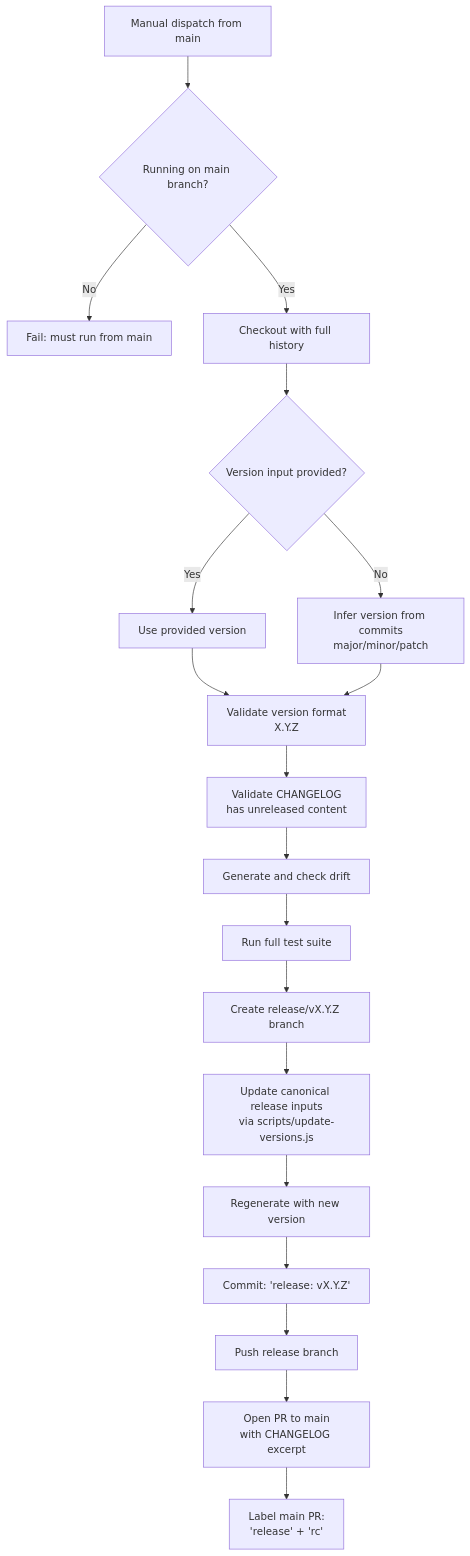
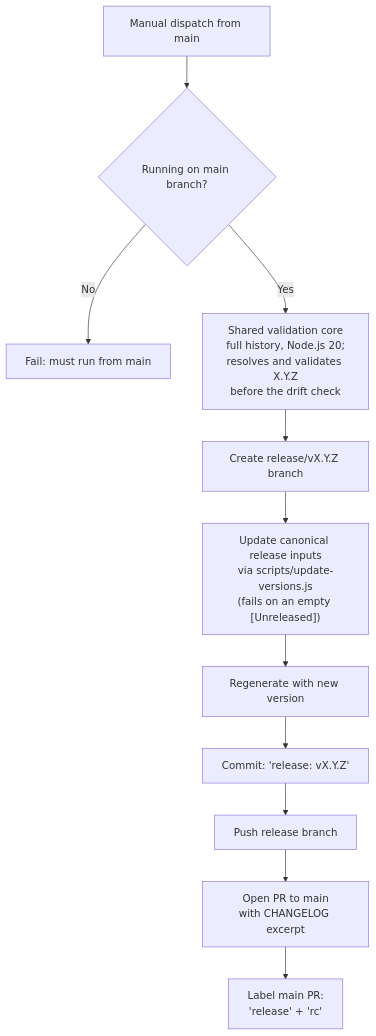
Before and after one commit to josstei/maestro-orchestrate: the sixth of 10 diagrams in docs/cicd.md, drawn with Mermaid. The commit also changed other lines of this file and 6 other files, not shown here.

````diff
--- a/docs/cicd.md
+++ b/docs/cicd.md
@@ -331,21 +312,13 @@
 ```mermaid
 graph TD
     A["Manual dispatch from main"] --> B{"Running on main branch?"}
     B --> |"No"| C["Fail: must run from main"]
-    B --> |"Yes"| D["Checkout with full history"]
-    D --> E{"Version input provided?"}
-    E --> |"Yes"| F["Use provided version"]
-    E --> |"No"| G["Infer version from commits<br/>major/minor/patch"]
-    F --> H["Validate version format<br/>X.Y.Z"]
-    G --> H
-    H --> I["Validate CHANGELOG<br/>has unreleased content"]
-    I --> J["Generate and check drift"]
-    J --> K["Run full test suite"]
-    K --> L["Create release/vX.Y.Z branch"]
-    L --> M["Update canonical release inputs<br/>via scripts/update-versions.js"]
+    B --> |"Yes"| D["Shared validation core<br/>full history, Node.js 20;<br/>resolves and validates X.Y.Z<br/>before the drift check"]
+    D --> L["Create release/vX.Y.Z branch"]
+    L --> M["Update canonical release inputs<br/>via scripts/update-versions.js<br/>(fails on an empty [Unreleased])"]
     M --> N["Regenerate with new version"]
     N --> O["Commit: 'release: vX.Y.Z'"]
     O --> P["Push release branch"]
     P --> Q["Open PR to main<br/>with CHANGELOG excerpt"]
     Q --> R["Label main PR:<br/>'release' + 'rc'"]
 ```
````
